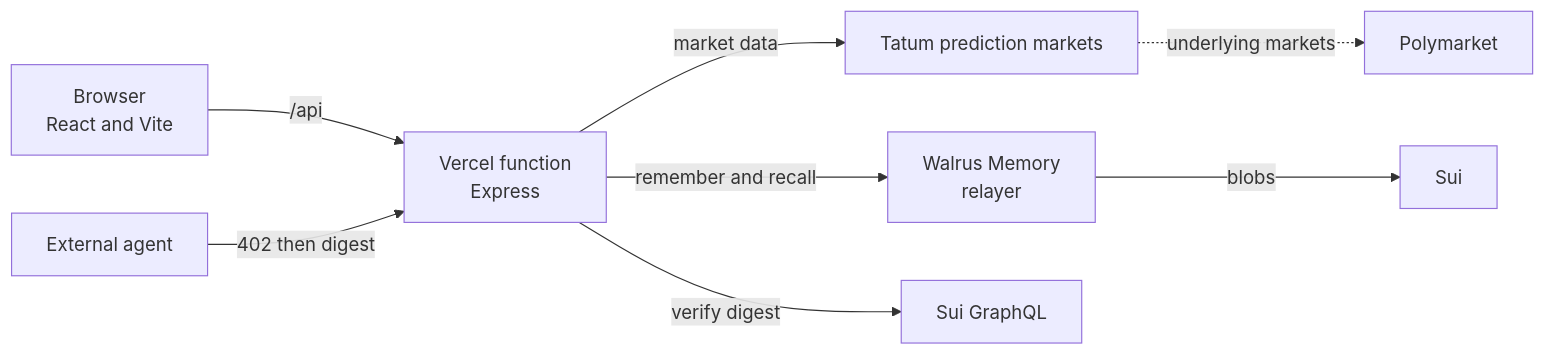
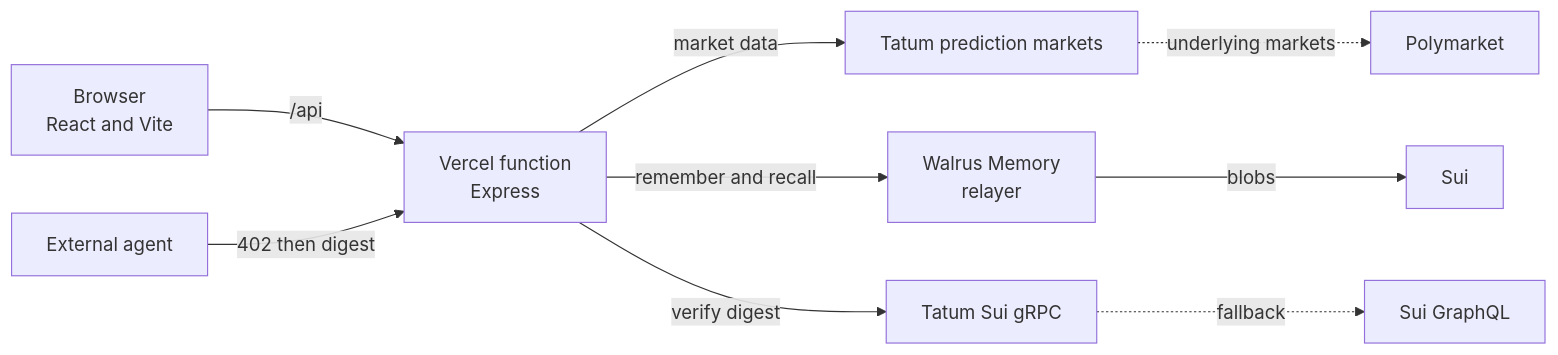
The first of 3 diagrams in README.md (Chnnyrm/Reckon), drawn with Mermaid before and after one commit. The commit also changed other lines of this file and 1 other file, not shown here.

First line of the commit message:
docs: describe the Tatum verification path in README and DEPLOY

````diff
--- a/README.md
+++ b/README.md
@@ -38,10 +38,11 @@
 ```mermaid
 flowchart LR
     B[Browser<br/>React and Vite] -->|/api| F[Vercel function<br/>Express]
     F -->|market data| T[Tatum prediction markets]
     T -.->|underlying markets| P[Polymarket]
     F -->|remember and recall| W[Walrus Memory<br/>relayer]
     W -->|blobs| S[Sui]
-    F -->|verify digest| G[Sui GraphQL]
+    F -->|verify digest| TG[Tatum Sui gRPC]
+    TG -.->|fallback| G[Sui GraphQL]
     A[External agent] -->|402 then digest| F
 ```
````
